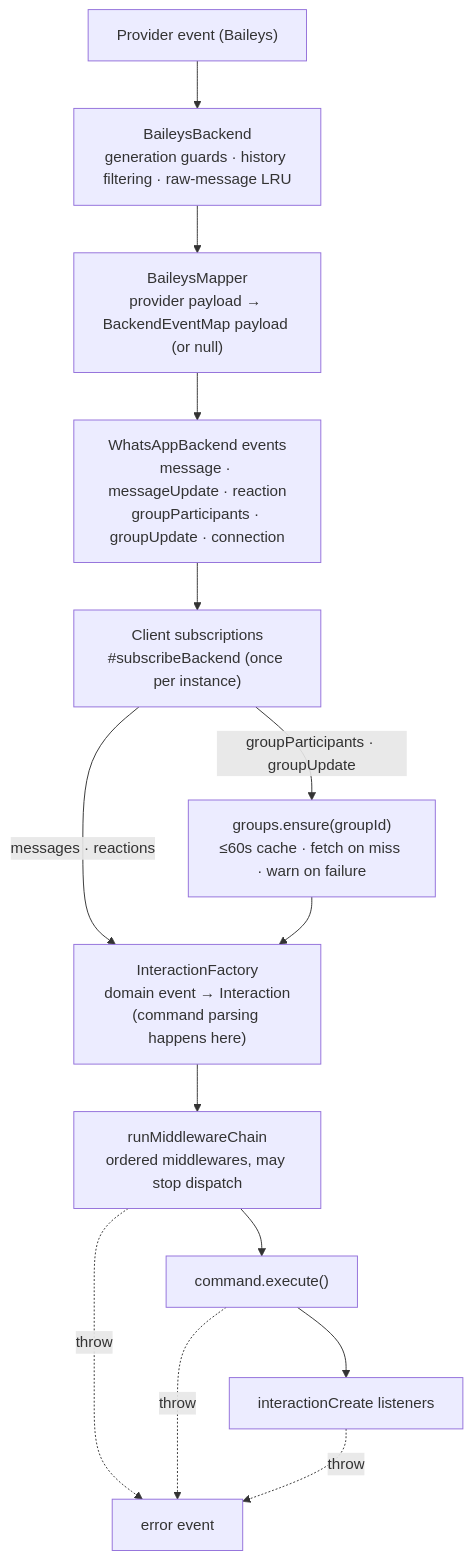
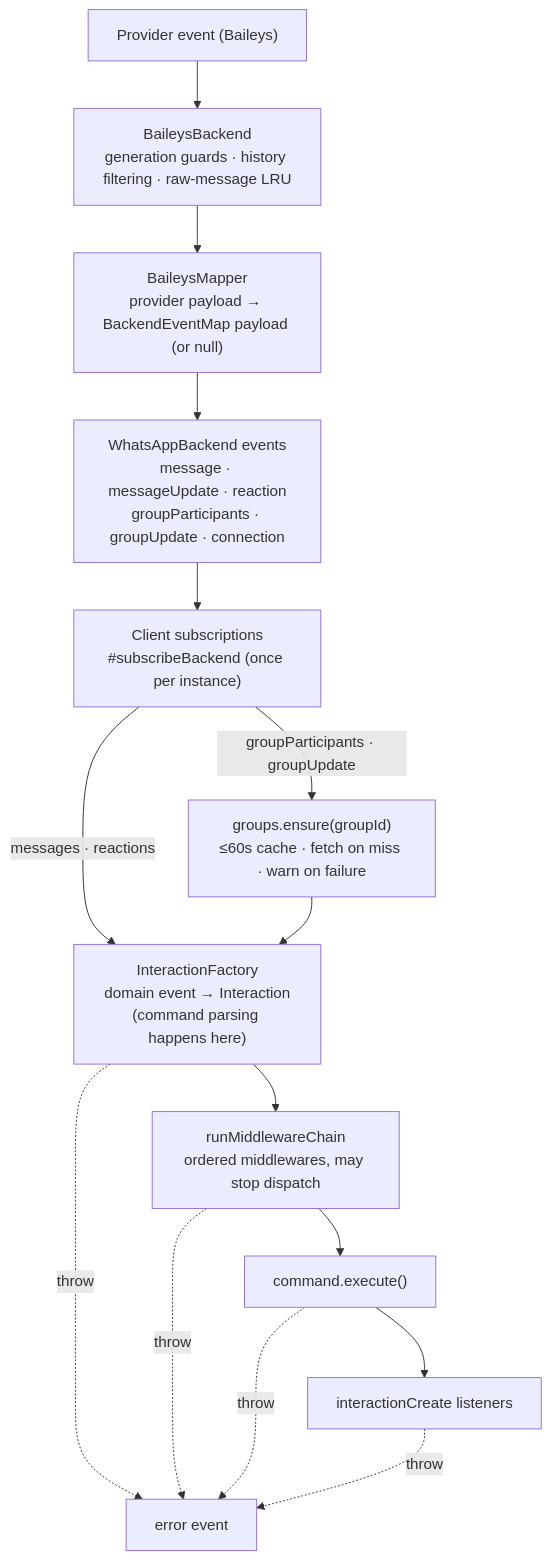
One commit to Gustavo10Destroyer/libwa-docs changed the first of 3 diagrams in architecture/event-pipeline.md. Above: the diagram before and after it, drawn with Mermaid. The commit also changed other lines of this file and 5 other files, not shown here.

First line of the commit message:
docs(architecture): record logout latching, listener contexts and bounded caches

````diff
--- a/architecture/event-pipeline.md
+++ b/architecture/event-pipeline.md
@@ -5,16 +5,17 @@
 ```mermaid
 flowchart TD
     A["Provider event (Baileys)"] --> B["BaileysBackend<br/>generation guards · history filtering · raw-message LRU"]
     B --> C["BaileysMapper<br/>provider payload → BackendEventMap payload (or null)"]
     C --> D["WhatsAppBackend events<br/>message · messageUpdate · reaction<br/>groupParticipants · groupUpdate · connection"]
     D --> E["Client subscriptions<br/>#subscribeBackend (once per instance)"]
     E -->|"messages · reactions"| F["InteractionFactory<br/>domain event → Interaction<br/>(command parsing happens here)"]
     E -->|"groupParticipants · groupUpdate"| RF["groups.ensure(groupId)<br/>≤60s cache · fetch on miss · warn on failure"]
     RF --> F
     F --> G["runMiddlewareChain<br/>ordered middlewares, may stop dispatch"]
     G --> H["command.execute()"]
     H --> I["interactionCreate listeners"]
-    G -.->|"throw"| ERR["error event"]
+    F -.->|"throw"| ERR["error event"]
+    G -.->|"throw"| ERR
     H -.->|"throw"| ERR
     I -.->|"throw"| ERR
 ```
````
